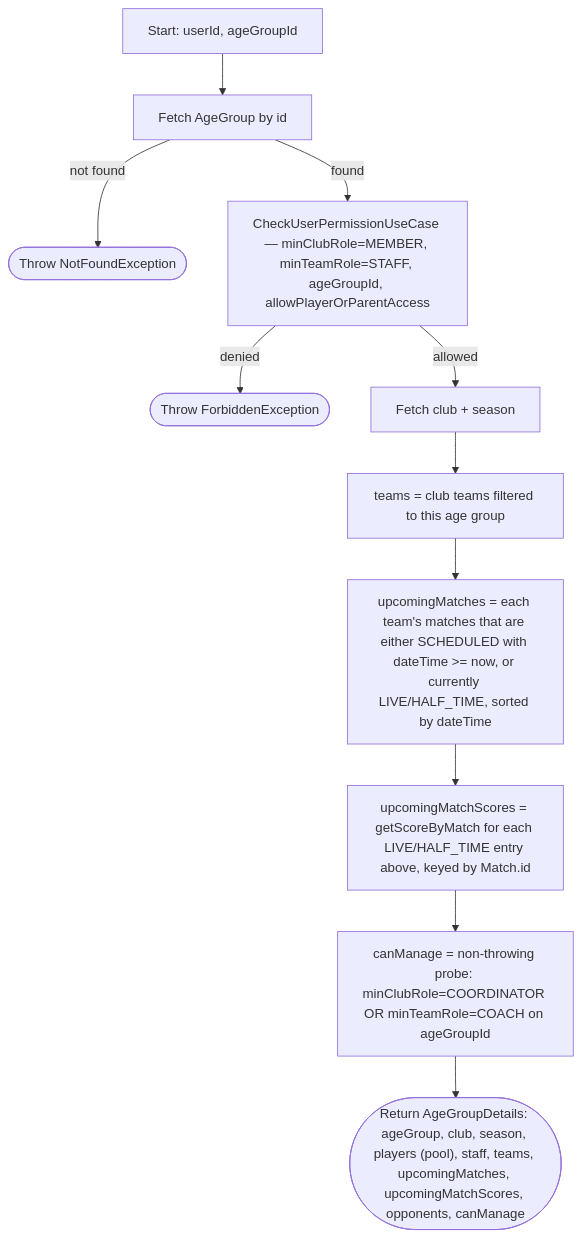
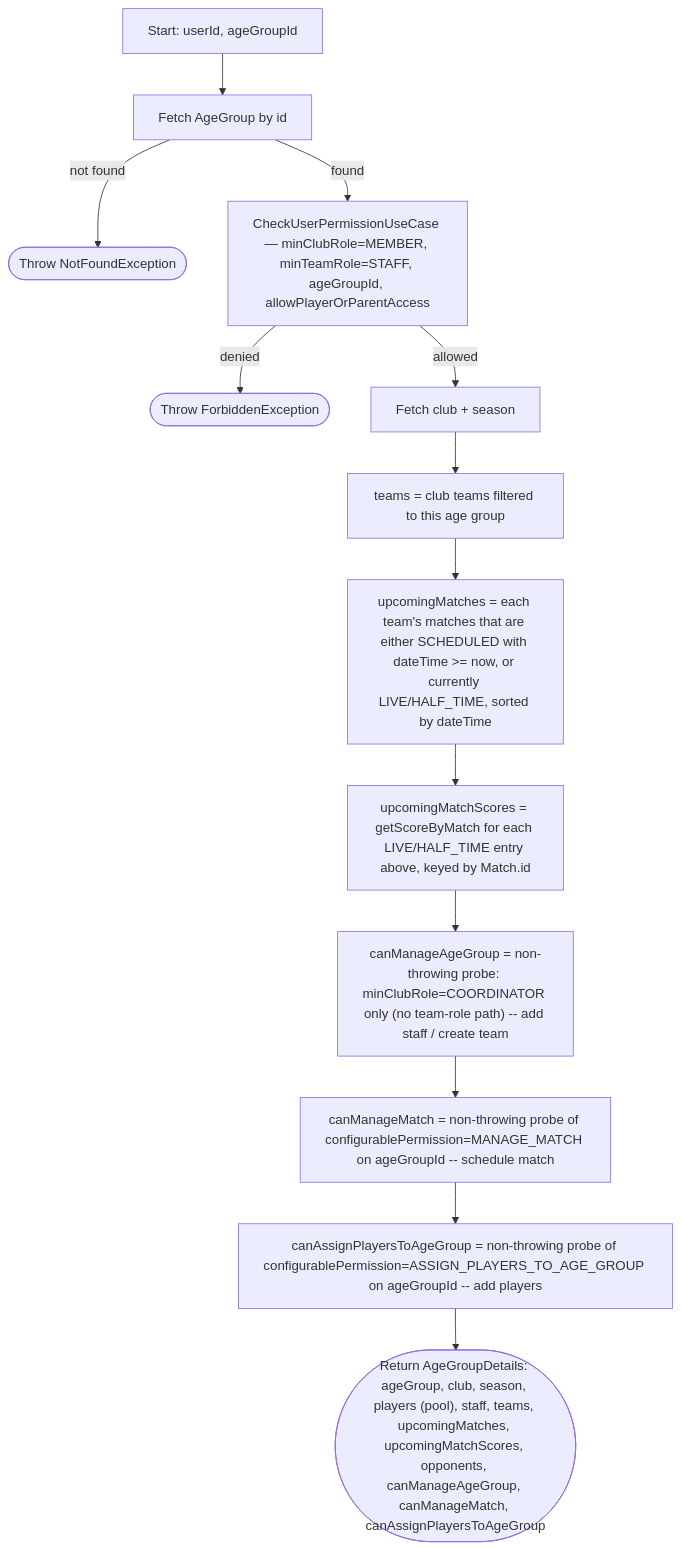
One commit to ricardofrango/squadify changed diagram 26 of 57 in PROCESS_FLOWS.md. Above: the diagram before and after it, drawn with Mermaid. The commit also changed other lines of this file and 30 other files, not shown here.

First line of the commit message:
Make permission-gated UI actually track club permissions, add friendly denial messages

````diff
--- a/PROCESS_FLOWS.md
+++ b/PROCESS_FLOWS.md
@@ -490,13 +490,15 @@
 ```mermaid
 graph TD
     A[Start: userId, ageGroupId] --> B[Fetch AgeGroup by id]
     B -- not found --> N(["Throw NotFoundException"])
     B -- found --> C[CheckUserPermissionUseCase — minClubRole=MEMBER, minTeamRole=STAFF, ageGroupId, allowPlayerOrParentAccess]
     C -- denied --> F(["Throw ForbiddenException"])
     C -- allowed --> D[Fetch club + season]
     D --> E[teams = club teams filtered to this age group]
     E --> G["upcomingMatches = each team's matches that are either SCHEDULED with dateTime >= now, or currently LIVE/HALF_TIME, sorted by dateTime"]
     G --> G2["upcomingMatchScores = getScoreByMatch for each LIVE/HALF_TIME entry above, keyed by Match.id"]
-    G2 --> H["canManage = non-throwing probe: minClubRole=COORDINATOR OR minTeamRole=COACH on ageGroupId"]
-    H --> Z(["Return AgeGroupDetails: ageGroup, club, season, players (pool), staff, teams, upcomingMatches, upcomingMatchScores, opponents, canManage"])
+    G2 --> H["canManageAgeGroup = non-throwing probe: minClubRole=COORDINATOR only (no team-role path) -- add staff / create team"]
+    H --> H2["canManageMatch = non-throwing probe of configurablePermission=MANAGE_MATCH on ageGroupId -- schedule match"]
+    H2 --> H3["canAssignPlayersToAgeGroup = non-throwing probe of configurablePermission=ASSIGN_PLAYERS_TO_AGE_GROUP on ageGroupId -- add players"]
+    H3 --> Z(["Return AgeGroupDetails: ageGroup, club, season, players (pool), staff, teams, upcomingMatches, upcomingMatchScores, opponents, canManageAgeGroup, canManageMatch, canAssignPlayersToAgeGroup"])
 ```
````
